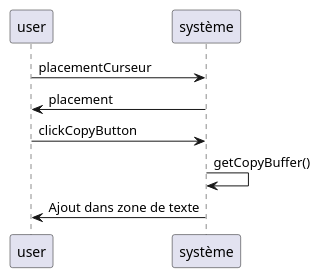
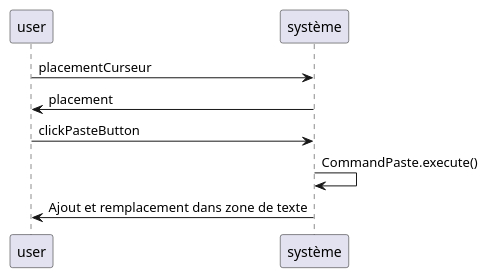
One commit to kiurow590/ESIR2_OMD_Project_Editor changed the sixth of 12 diagrams in Readme.md. Above: the diagram before and after it, drawn with PlantUML. The commit also changed other lines of this file and 6 other files, not shown here.

Commit message:
Mise a jour du readme avec ajout de la V1 + image et correction des diagramme + ajout de la V2 avec diag mais en attente de rediscussion

````diff
--- a/Readme.md
+++ b/Readme.md
@@ -191,10 +219,10 @@
 ```plantuml
 @startuml
 'https://plantuml.com/sequence-diagram'
 user -> système: placementCurseur
 système -> user: placement
-user -> système: clickCopyButton
-système -> système: getCopyBuffer()
-système -> user: Ajout dans zone de texte
+user -> système: clickPasteButton
+système -> système: CommandPaste.execute()
+système -> user: Ajout et remplacement dans zone de texte
 @enduml
 ```
````
